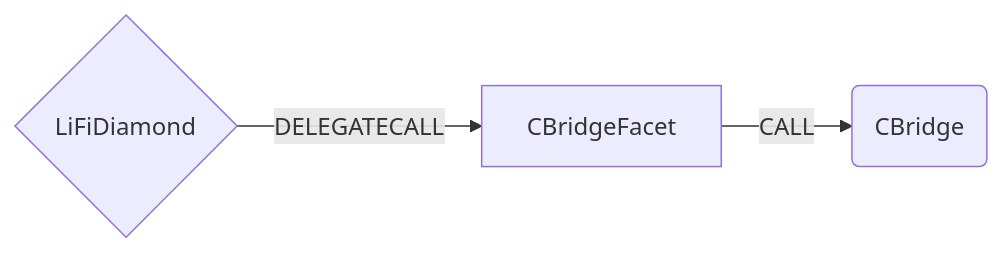
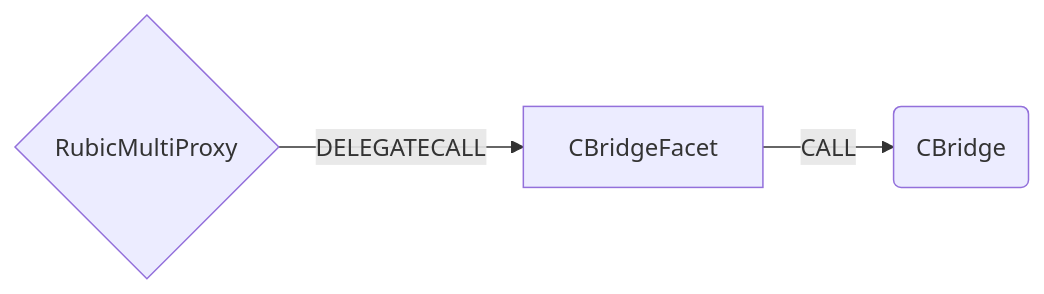
The diagram in docs/CBridgeFacet.md (Cryptorubic/multi-proxy-rubic), drawn with Mermaid before and after one commit. The commit also changed other lines of this file and 82 other files, not shown here.

````diff
--- a/docs/CBridgeFacet.md
+++ b/docs/CBridgeFacet.md
@@ -10,5 +10,5 @@
 ```mermaid
 graph LR;
-    D{LiFiDiamond}-- DELEGATECALL -->CBridgeFacet;
+    D{RubicMultiProxy}-- DELEGATECALL -->CBridgeFacet;
     CBridgeFacet -- CALL --> C(CBridge)
 ```
````
